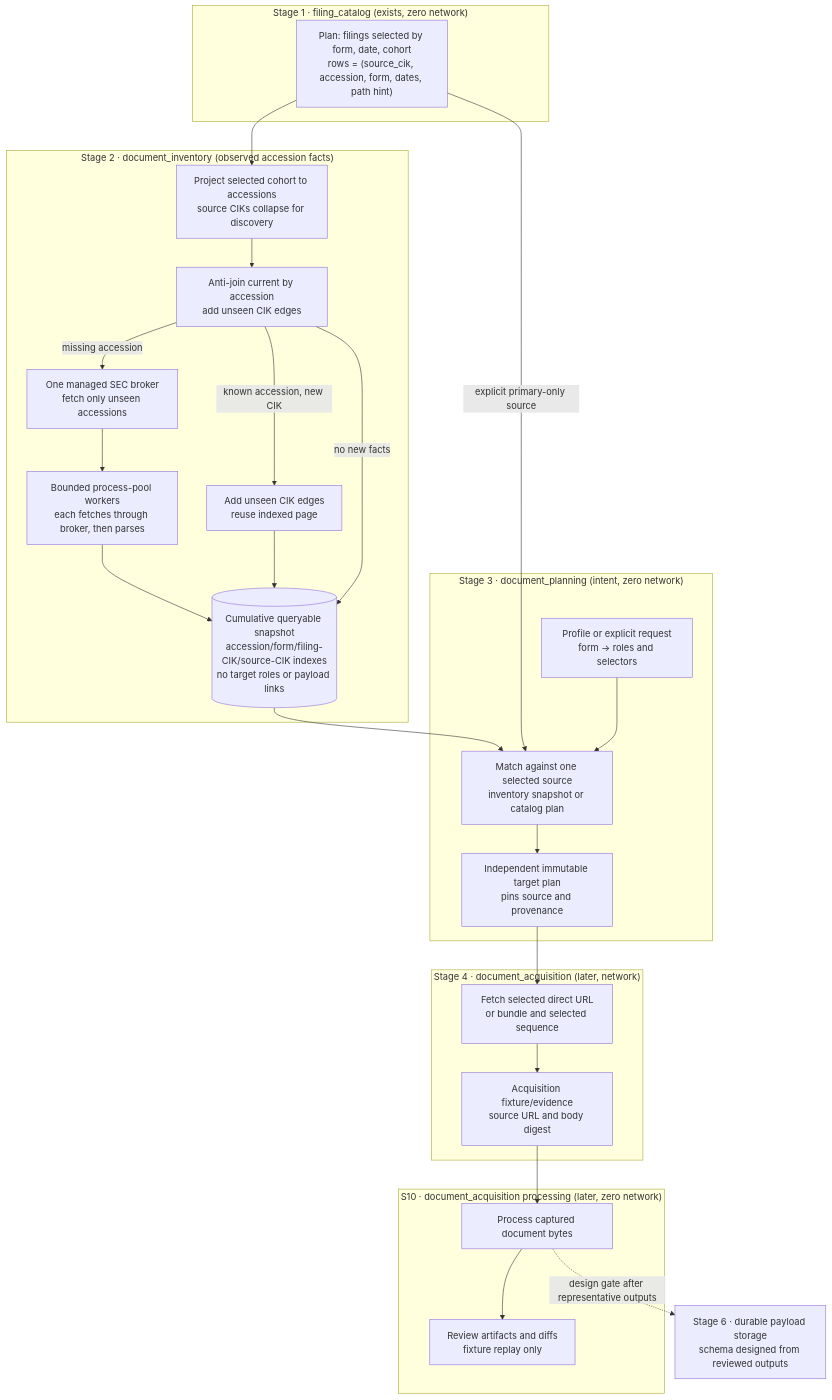
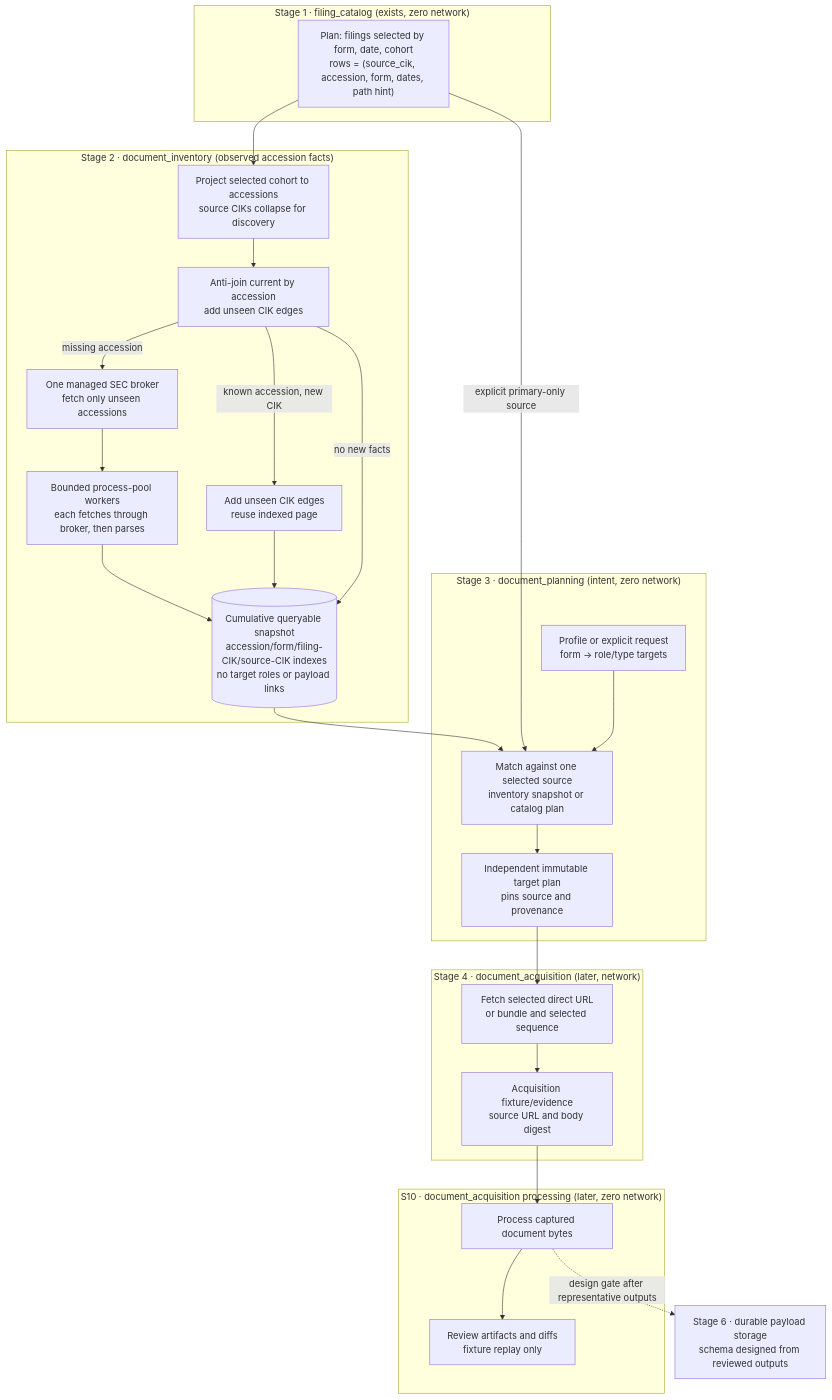
One commit to DerivedFunction01/edgar-sec changed the diagram in roadmap/accession_document_flow/design.md. Above: the diagram before and after it, drawn with Mermaid. The commit also changed other lines of this file and 36 other files, not shown here.

````diff
--- a/roadmap/accession_document_flow/design.md
+++ b/roadmap/accession_document_flow/design.md
@@ -54,42 +54,42 @@
 ```mermaid
 flowchart TD
     subgraph S1["Stage 1 · filing_catalog (exists, zero network)"]
         CAT["Plan: filings selected by form, date, cohort<br/>rows = (source_cik, accession, form, dates, path hint)"]
     end
 
     subgraph S2["Stage 2 · document_inventory (observed accession facts)"]
         GRP["Project selected cohort to accessions<br/>source CIKs collapse for discovery"]
         ANTI["Anti-join current by accession<br/>add unseen CIK edges"]
         FETCH["One managed SEC broker<br/>fetch only unseen accessions"]
         PARSE["Bounded process-pool workers<br/>each fetches through broker, then parses"]
         EDGE["Add unseen CIK edges<br/>reuse indexed page"]
         INVT[("Cumulative queryable snapshot<br/>accession/form/filing-CIK/source-CIK indexes<br/>no target roles or payload links")]
     end
 
     subgraph S3["Stage 3 · document_planning (intent, zero network)"]
-        RULES["Profile or explicit request<br/>form → roles and selectors"]
+        RULES["Profile or explicit request<br/>form → role/type targets"]
         PLAN["Match against one selected source<br/>inventory snapshot or catalog plan"]
         TARGET["Independent immutable target plan<br/>pins source and provenance"]
     end
 
     subgraph S4["Stage 4 · document_acquisition (later, network)"]
         ACQ["Fetch selected direct URL<br/>or bundle and selected sequence"]
         FIX["Acquisition fixture/evidence<br/>source URL and body digest"]
     end
 
     subgraph S5["S10 · document_acquisition processing (later, zero network)"]
         NORM["Process captured document bytes"]
         REVIEW["Review artifacts and diffs<br/>fixture replay only"]
     end
 
     STORE["Stage 6 · durable payload storage<br/>schema designed from reviewed outputs"]
 
     CAT --> GRP --> ANTI
     ANTI -->|missing accession| FETCH --> PARSE --> INVT
     ANTI -->|known accession, new CIK| EDGE --> INVT
     ANTI -->|no new facts| INVT
     INVT --> PLAN
     CAT -->|explicit primary-only source| PLAN
     RULES --> PLAN --> TARGET --> ACQ --> FIX --> NORM --> REVIEW
     NORM -. "design gate after representative outputs" .-> STORE
 ```
````
